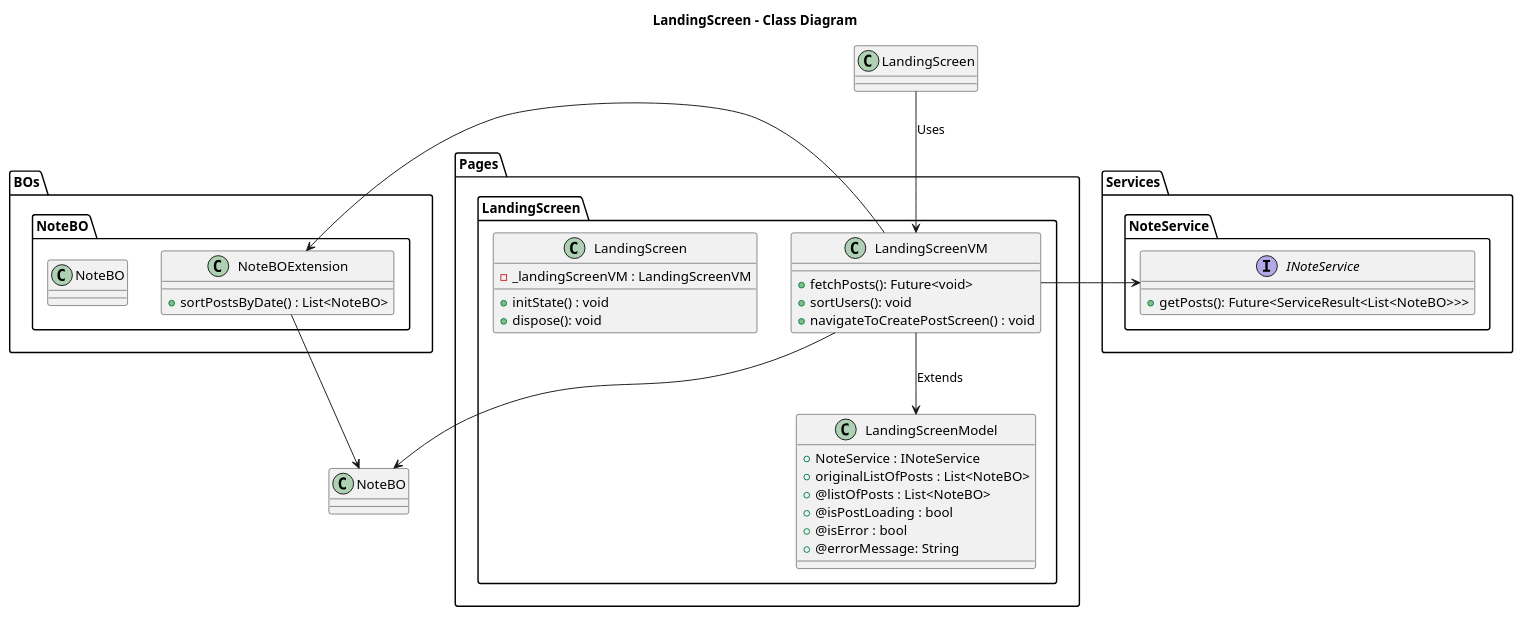
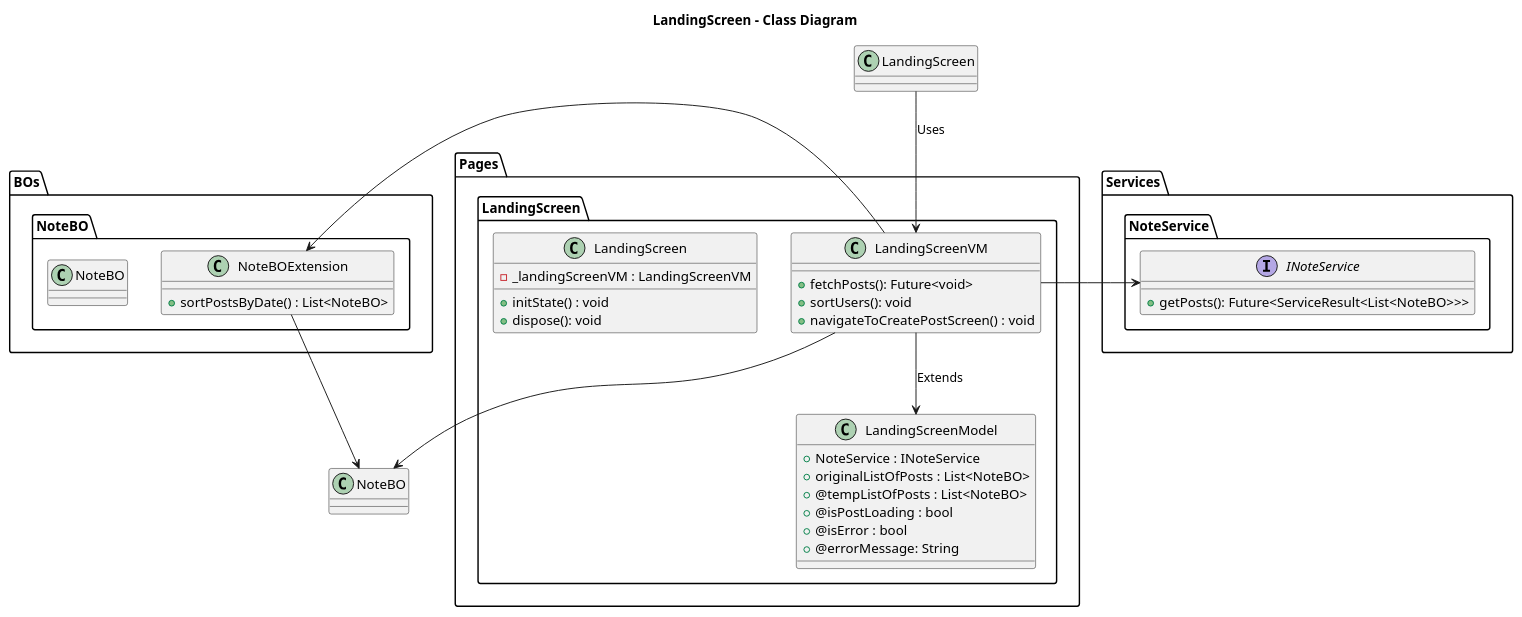
The diagram in lib/Pages/LandingScreen/Design/LandingScreen-Class.puml (ThirumuruganArumugam/social_media), drawn with PlantUML before and after one commit. The commit also changed 1 other file, not shown here.

Commit message:
NoteBO sequence update

```diff
--- a/lib/Pages/LandingScreen/Design/LandingScreen-Class.puml
+++ b/lib/Pages/LandingScreen/Design/LandingScreen-Class.puml
@@ -1,52 +1,52 @@
 @startuml LandingScreen - Class
 
 title **LandingScreen - Class Diagram**
 
 package Pages{
     package LandingScreen{
         class LandingScreenModel{
             + NoteService : INoteService
             + originalListOfPosts : List<NoteBO>
-            + @listOfPosts : List<NoteBO>
+            + @tempListOfPosts : List<NoteBO>
             + @isPostLoading : bool
             + @isError : bool
             + @errorMessage: String
         }
         class LandingScreenVM{
             + fetchPosts(): Future<void>
             + sortUsers(): void
             + navigateToCreatePostScreen() : void
         }
         class LandingScreen{
             - _landingScreenVM : LandingScreenVM
             + initState() : void
             + dispose(): void
         }
     }
 }
 
 package BOs{
     package NoteBO{
         class NoteBO{
         }
         class NoteBOExtension{
             + sortPostsByDate() : List<NoteBO>
         }
     }
 }
 
 package Services{
     package NoteService{
         interface INoteService{
             + getPosts(): Future<ServiceResult<List<NoteBO>>>
         }
     }
 }
 
 LandingScreenVM --> LandingScreenModel : Extends
 LandingScreen --> LandingScreenVM: Uses
 LandingScreenVM --> NoteBO
 NoteBOExtension --> NoteBO
 LandingScreenVM -> NoteBOExtension
 LandingScreenVM -> INoteService
 @enduml
```
